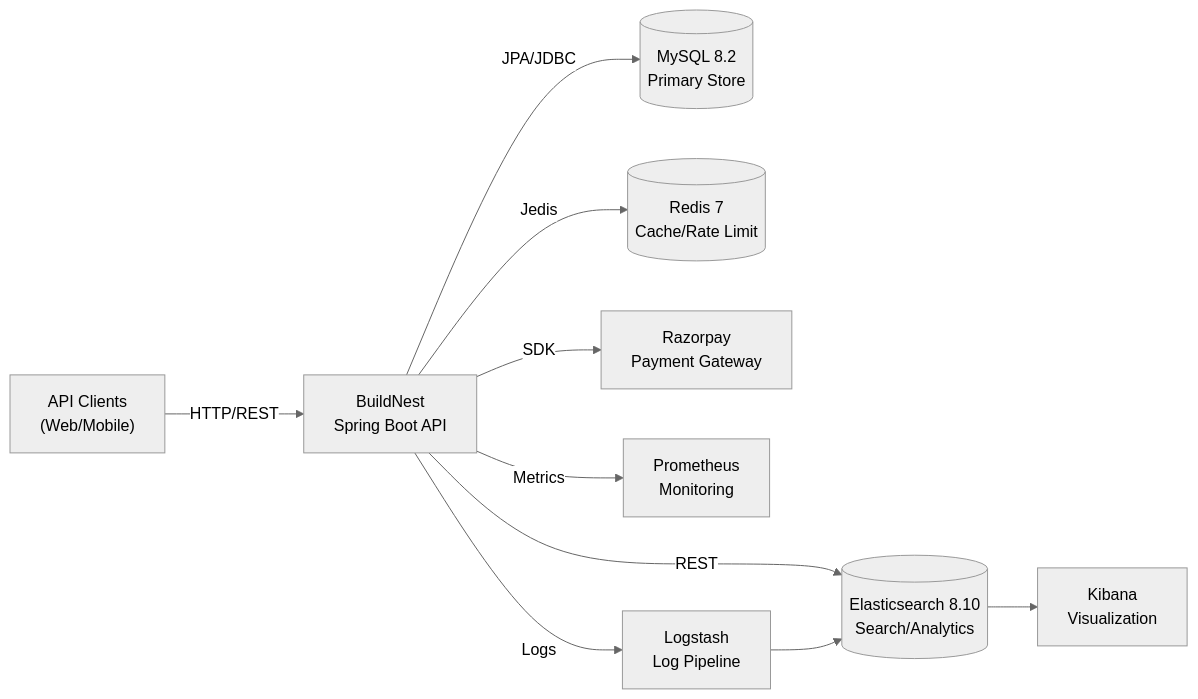
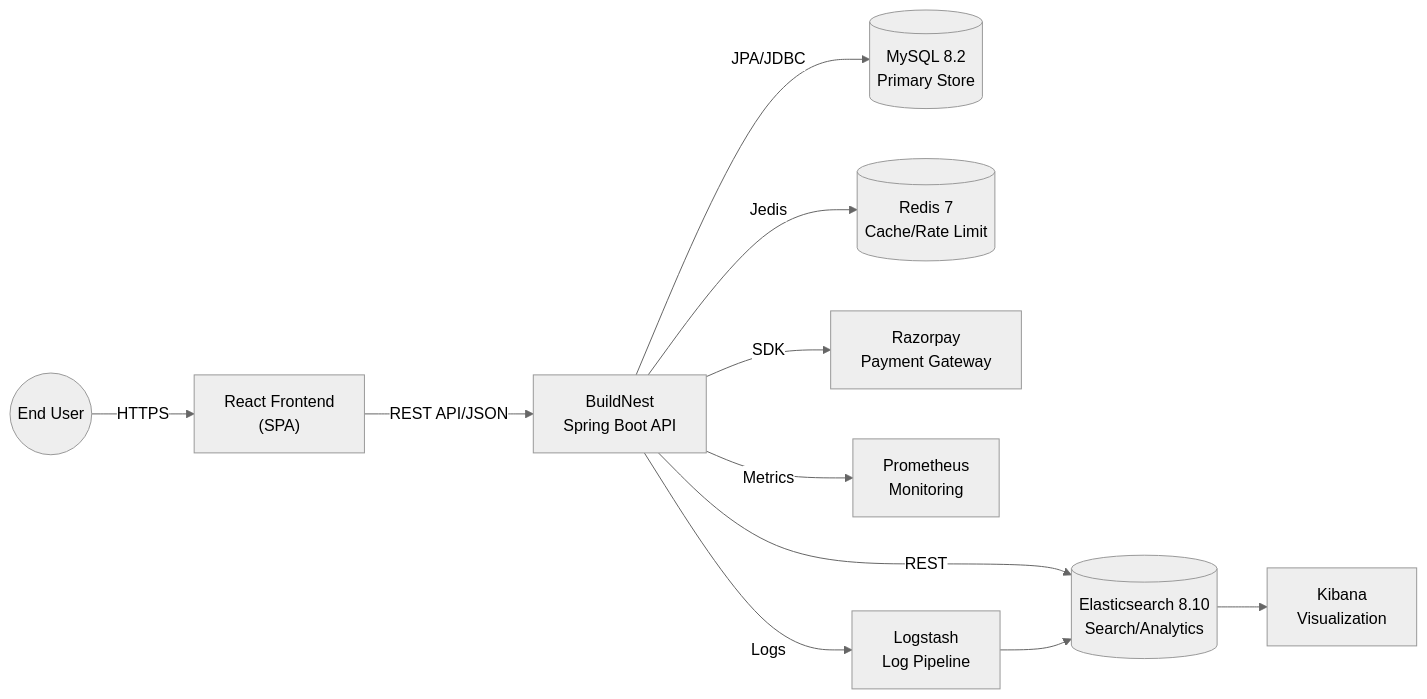
One commit to pradip9096/buildnest-ecommerce-platform changed the first of 4 diagrams in docs/ISO-IEC-IEEE/SRS_IEEE_29148_2018.md. Above: the diagram before and after it, drawn with Mermaid (neutral theme). The commit also changed other lines of this file, not shown here.

Commit message:
docs: Add React frontend and API integration requirements to SRS

````diff
--- a/docs/ISO-IEC-IEEE/SRS_IEEE_29148_2018.md
+++ b/docs/ISO-IEC-IEEE/SRS_IEEE_29148_2018.md
@@ -124,14 +126,15 @@
 ```mermaid
 flowchart LR
-  Client["API Clients<br/>(Web/Mobile)"] -->|HTTP/REST| API["BuildNest<br/>Spring Boot API"]
+  User((End User)) -->|HTTPS| SPA["React Frontend<br/>(SPA)"]
+  SPA -->|REST API/JSON| API["BuildNest<br/>Spring Boot API"]
 
   API -->|JPA/JDBC| MySQL[("MySQL 8.2<br/>Primary Store")]
   API -->|Jedis| Redis[("Redis 7<br/>Cache/Rate Limit")]
   API -->|REST| ES[("Elasticsearch 8.10<br/>Search/Analytics")]
   API -->|SDK| Razorpay["Razorpay<br/>Payment Gateway"]
 
   API -->|Metrics| Prom["Prometheus<br/>Monitoring"]
   API -->|Logs| Logstash["Logstash<br/>Log Pipeline"]
   Logstash --> ES
   ES --> Kibana["Kibana<br/>Visualization"]
 ```
````
